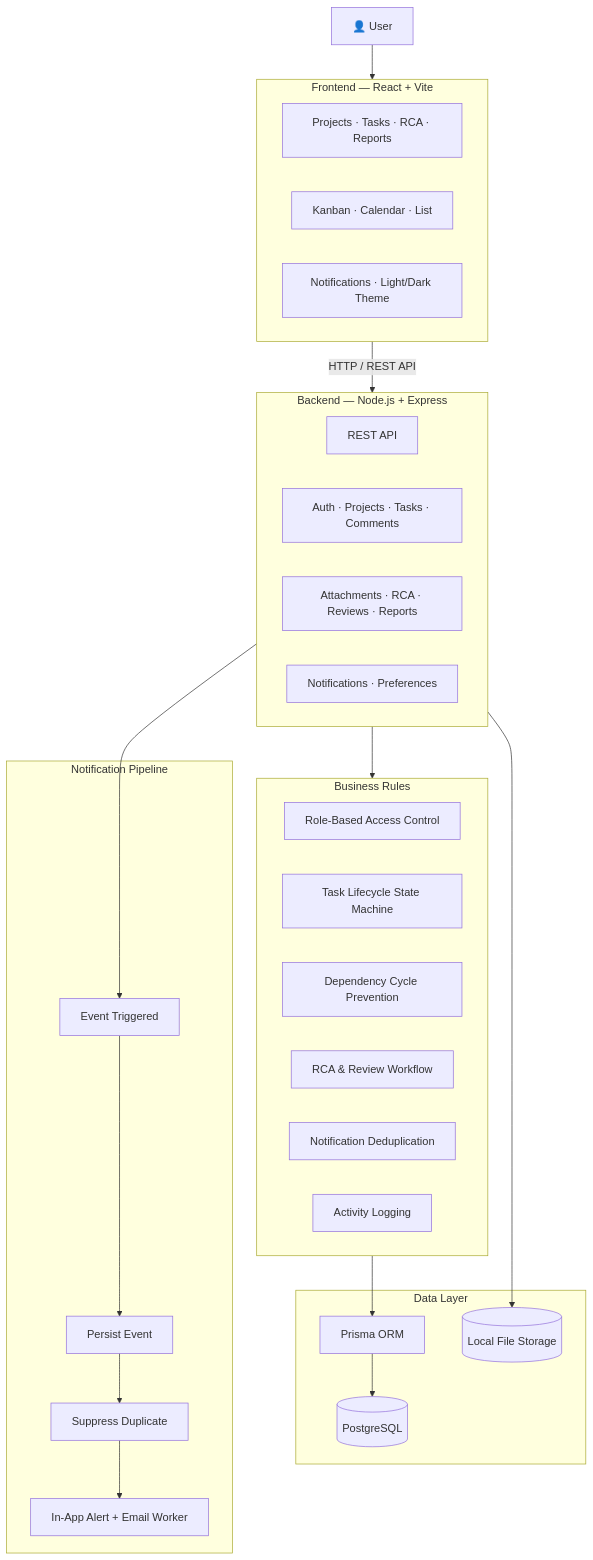
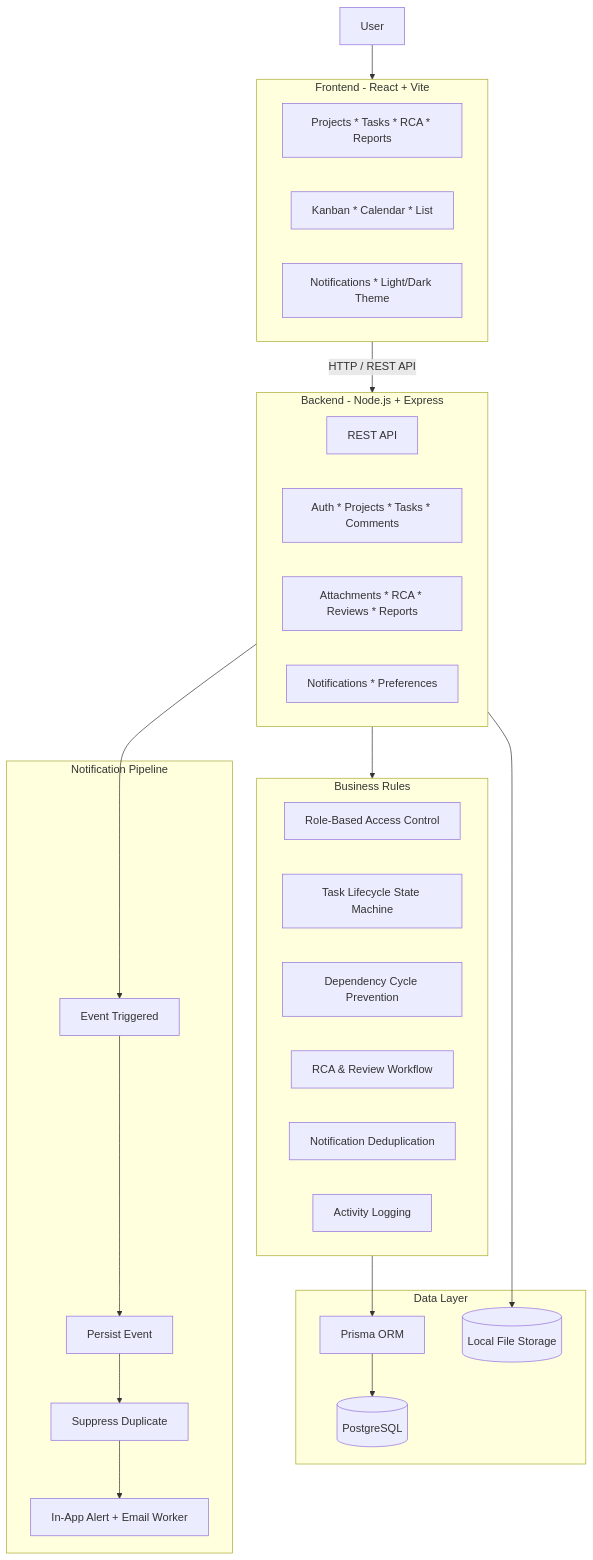
Before and after one commit to HiteshSai1006/TeamFlow: the first of 3 diagrams in README.md, drawn with Mermaid. The commit also changed other lines of this file and 10 other files, not shown here.

````diff
--- a/README.md
+++ b/README.md
@@ -23,50 +26,50 @@
 ```mermaid
 flowchart TB
-    USER["👤 User"]
+    USER["User"]
 
-    subgraph FRONTEND["Frontend — React + Vite"]
-        UI["Projects · Tasks · RCA · Reports"]
-        VIEWS["Kanban · Calendar · List"]
-        UX["Notifications · Light/Dark Theme"]
+    subgraph FRONTEND["Frontend - React + Vite"]
+        UI["Projects * Tasks * RCA * Reports"]
+        VIEWS["Kanban * Calendar * List"]
+        UX["Notifications * Light/Dark Theme"]
     end
 
-    subgraph BACKEND["Backend — Node.js + Express"]
+    subgraph BACKEND["Backend - Node.js + Express"]
         API["REST API"]
-        MODULES["Auth · Projects · Tasks · Comments"]
-        MORE["Attachments · RCA · Reviews · Reports"]
-        PREFS["Notifications · Preferences"]
+        MODULES["Auth * Projects * Tasks * Comments"]
+        MORE["Attachments * RCA * Reviews * Reports"]
+        PREFS["Notifications * Preferences"]
     end
 
     subgraph RULES["Business Rules"]
         RBAC["Role-Based Access Control"]
         TASK["Task Lifecycle State Machine"]
         DEP["Dependency Cycle Prevention"]
         RCA["RCA & Review Workflow"]
         DEDUP["Notification Deduplication"]
         AUDIT["Activity Logging"]
     end
 
     subgraph DATA["Data Layer"]
         PRISMA["Prisma ORM"]
         DB[("PostgreSQL")]
         FILES[("Local File Storage")]
     end
 
     subgraph NOTIFICATIONS["Notification Pipeline"]
         EVENT["Event Triggered"]
         PERSIST["Persist Event"]
         DEDUPE["Suppress Duplicate"]
         DELIVERY["In-App Alert + Email Worker"]
 
         EVENT --> PERSIST --> DEDUPE --> DELIVERY
     end
 
     USER --> FRONTEND
     FRONTEND -->|"HTTP / REST API"| BACKEND
     BACKEND --> RULES
     RULES --> PRISMA
     PRISMA --> DB
     BACKEND --> FILES
 
     BACKEND --> EVENT
 ```
````
